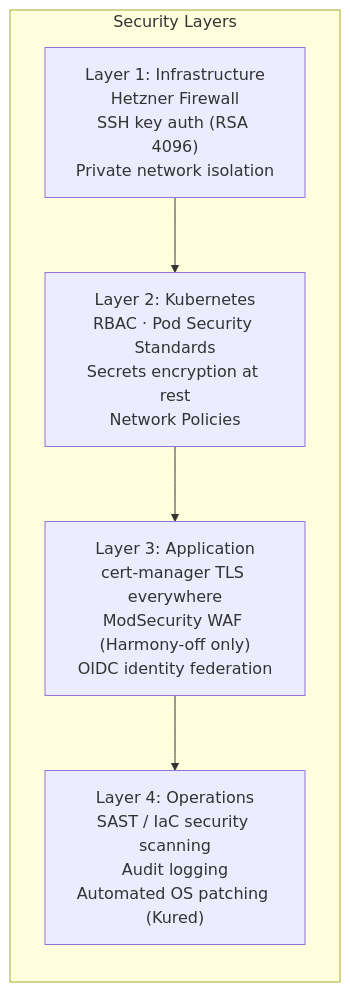
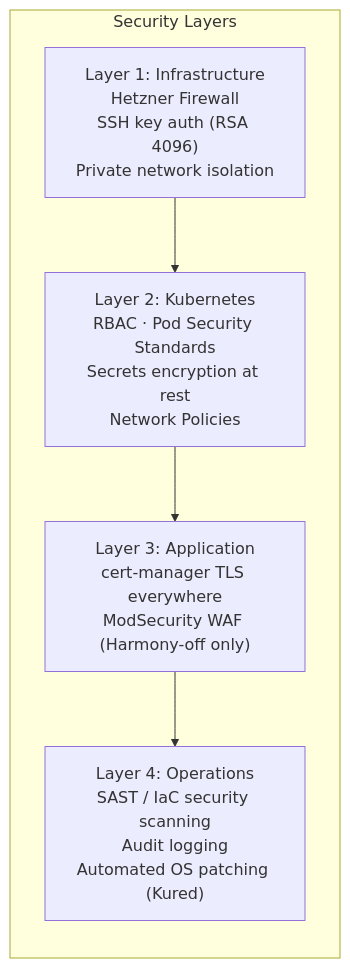
The fifth of 5 diagrams in docs/ARCHITECTURE.md (mbilan1/terraform-hcloud-ubuntu-rke2), drawn with Mermaid before and after one commit. The commit also changed other lines of this file and 21 other files, not shown here.

````diff
--- a/docs/ARCHITECTURE.md
+++ b/docs/ARCHITECTURE.md
@@ -335,11 +314,11 @@
 ```mermaid
 flowchart LR
     subgraph security["Security Layers"]
         direction TB
         L1["Layer 1: Infrastructure\nHetzner Firewall\nSSH key auth (RSA 4096)\nPrivate network isolation"]
         L2["Layer 2: Kubernetes\nRBAC · Pod Security Standards\nSecrets encryption at rest\nNetwork Policies"]
-        L3["Layer 3: Application\ncert-manager TLS everywhere\nModSecurity WAF (Harmony-off only)\nOIDC identity federation"]
+        L3["Layer 3: Application\ncert-manager TLS everywhere\nModSecurity WAF (Harmony-off only)"]
         L4["Layer 4: Operations\nSAST / IaC security scanning\nAudit logging\nAutomated OS patching (Kured)"]
         L1 --> L2 --> L3 --> L4
     end
 ```
````
